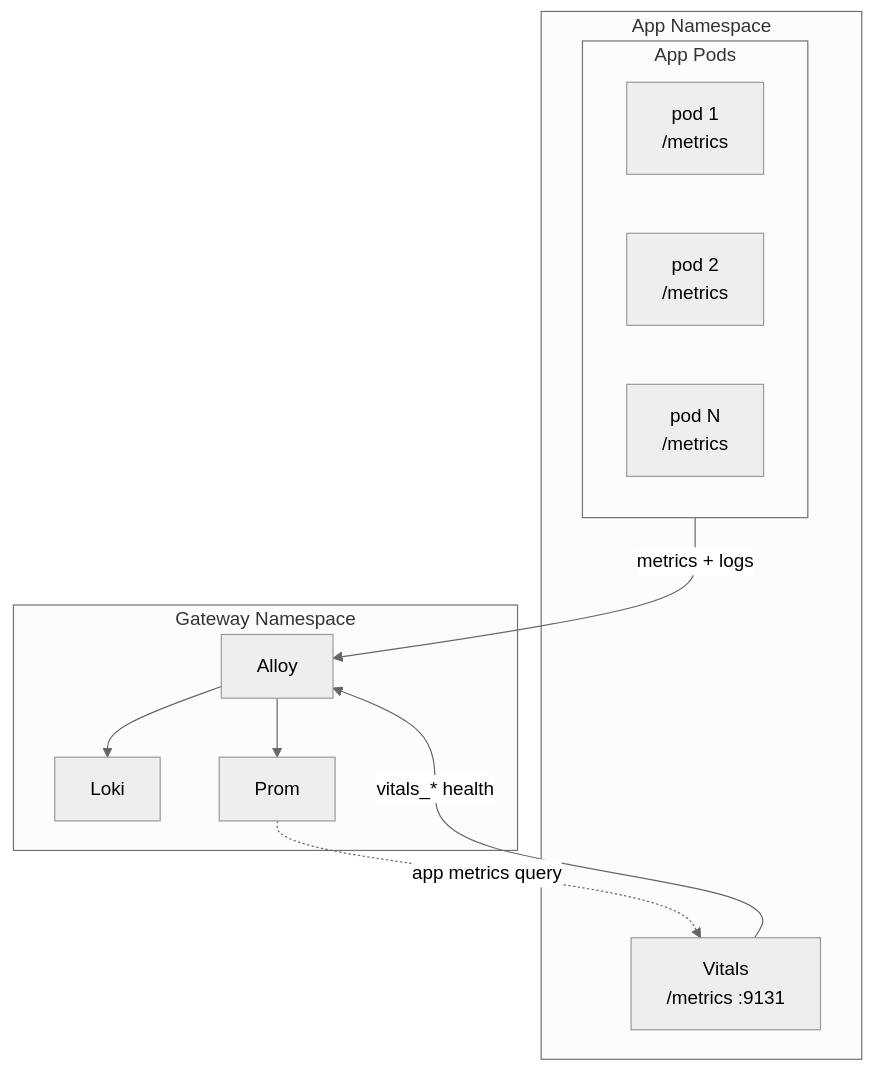
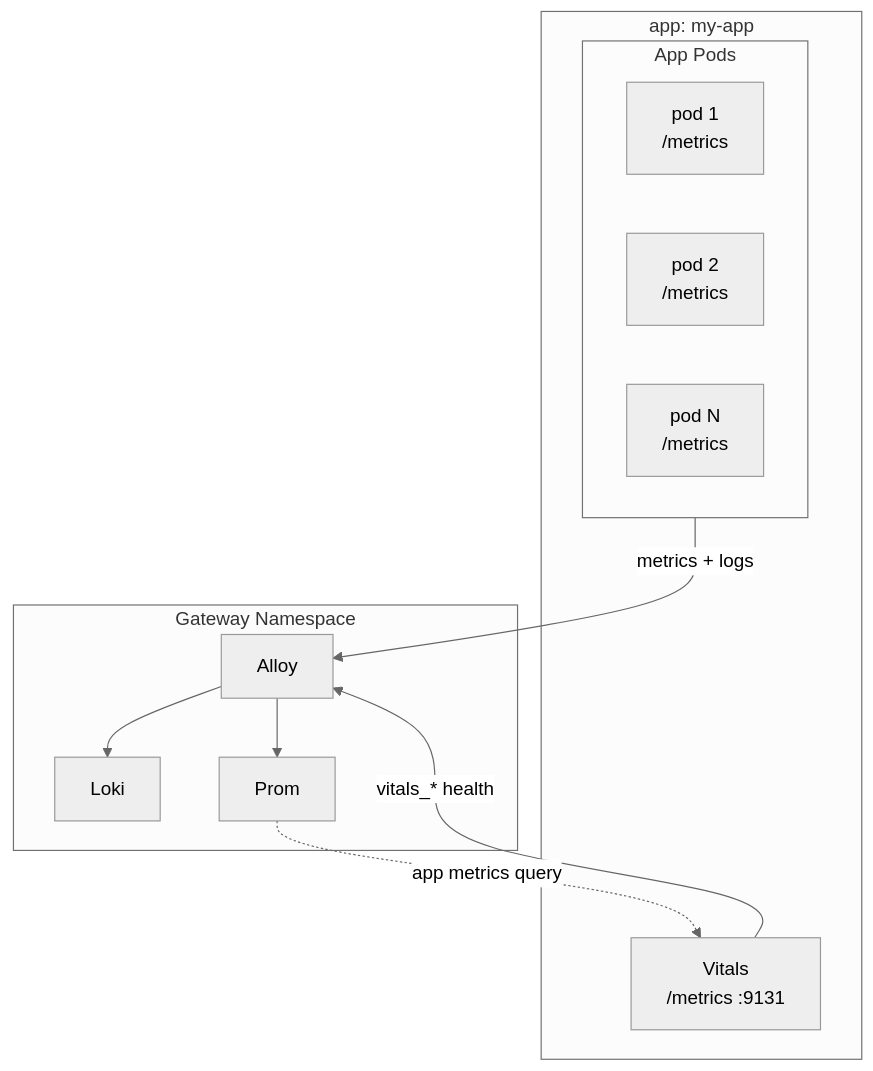
One commit to Kord96/kordinate changed the diagram in docs/reference/patterns/observability-contract.md. Above: the diagram before and after it, drawn with Mermaid (neutral theme).

Commit message:
docs: rename App Namespace to app label grouping in diagram [scribe]
Pods share an app label, not a k8s namespace. Changed subgraph
label from "App Namespace" to "app: my-app".

````diff
--- a/docs/reference/patterns/observability-contract.md
+++ b/docs/reference/patterns/observability-contract.md
@@ -7,19 +7,19 @@
 ```mermaid
 flowchart TB
-    subgraph ns[App Namespace]
+    subgraph ns["app: my-app"]
         subgraph pods[App Pods]
             P1[pod 1<br/>/metrics]
             P2[pod 2<br/>/metrics]
             PN[pod N<br/>/metrics]
         end
         VIT[Vitals<br/>/metrics :9131]
     end
 
     subgraph gw[Gateway Namespace]
         AL[Alloy] --> LK[Loki] & PR[Prom]
     end
 
     pods -->|metrics + logs| AL
     VIT -->|vitals_* health| AL
     PR -.->|app metrics query| VIT
 ```
````
